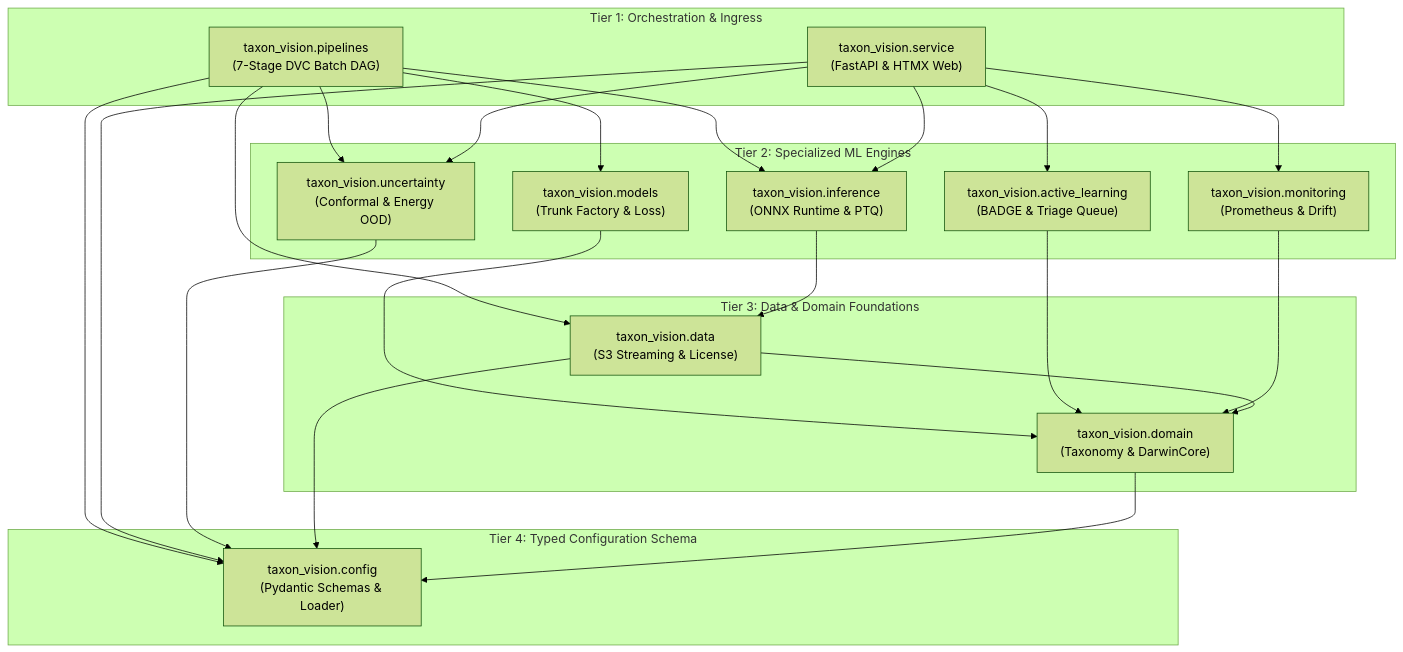
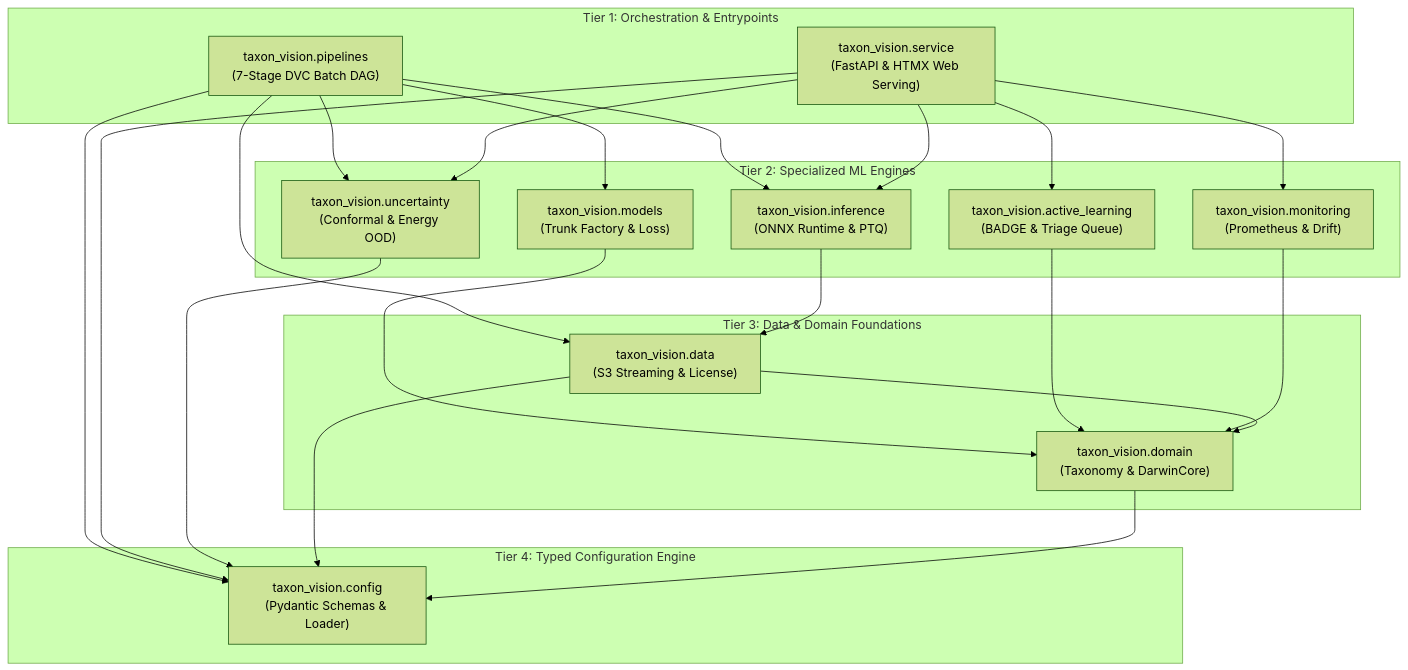
The diagram in docs/architecture/package_and_call_graph.md (foersben/taxon-vision-mlops), drawn with Mermaid (forest theme) before and after one commit. The commit also changed other lines of this file and 7 other files, not shown here.

Commit message:
docs(architecture): document repository topology, config hierarchy, 10 subpackages, and interactive explorer

````diff
--- a/docs/architecture/package_and_call_graph.md
+++ b/docs/architecture/package_and_call_graph.md
@@ -17,46 +17,57 @@
 ```mermaid
 flowchart TD
-    subgraph T1["Tier 1: Orchestration & Ingress"]
+    subgraph T1["Tier 1: Orchestration & Entrypoints"]
         P["taxon_vision.pipelines<br/>(7-Stage DVC Batch DAG)"]
-        S["taxon_vision.service<br/>(FastAPI & HTMX Web)"]
+        S["taxon_vision.service<br/>(FastAPI & HTMX Web Serving)"]
     end
 
     subgraph T2["Tier 2: Specialized ML Engines"]
         M["taxon_vision.models<br/>(Trunk Factory & Loss)"]
         I["taxon_vision.inference<br/>(ONNX Runtime & PTQ)"]
         U["taxon_vision.uncertainty<br/>(Conformal & Energy OOD)"]
         A["taxon_vision.active_learning<br/>(BADGE & Triage Queue)"]
         MON["taxon_vision.monitoring<br/>(Prometheus & Drift)"]
     end
 
     subgraph T3["Tier 3: Data & Domain Foundations"]
         D["taxon_vision.data<br/>(S3 Streaming & License)"]
         DOM["taxon_vision.domain<br/>(Taxonomy & DarwinCore)"]
     end
 
-    subgraph T4["Tier 4: Typed Configuration Schema"]
+    subgraph T4["Tier 4: Typed Configuration Engine"]
         C["taxon_vision.config<br/>(Pydantic Schemas & Loader)"]
     end
 
     P --> M
     P --> I
     P --> U
     P --> D
     P --> C
 
     S --> I
     S --> U
     S --> A
     S --> MON
     S --> C
 
     M --> DOM
     I --> D
     U --> C
     A --> DOM
     MON --> DOM
 
     D --> DOM
     D --> C
     DOM --> C
+
+    click P "#subpackage-1-pipelines-taxon_visionpipelines" "View pipelines reference"
+    click S "#subpackage-2-service-taxon_visionservice" "View service reference"
+    click M "#subpackage-3-models-taxon_visionmodels" "View models reference"
+    click I "#subpackage-4-inference-taxon_visioninference" "View inference reference"
+    click U "#subpackage-5-uncertainty-taxon_visionuncertainty" "View uncertainty reference"
+    click A "#subpackage-6-active-learning-taxon_visionactive_learning" "View active learning reference"
+    click MON "#subpackage-7-monitoring-taxon_visionmonitoring" "View monitoring reference"
+    click D "#subpackage-8-data-taxon_visiondata" "View data reference"
+    click DOM "#subpackage-9-domain-taxon_visiondomain" "View domain reference"
+    click C "#subpackage-10-config-taxon_visionconfig" "View config reference"
 ```
````
